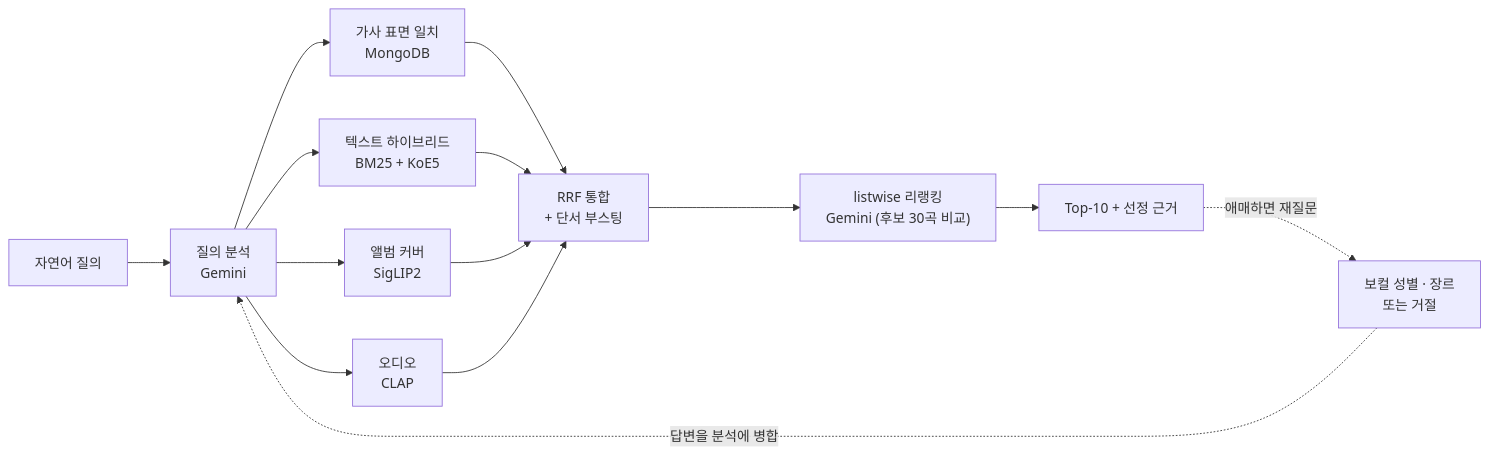
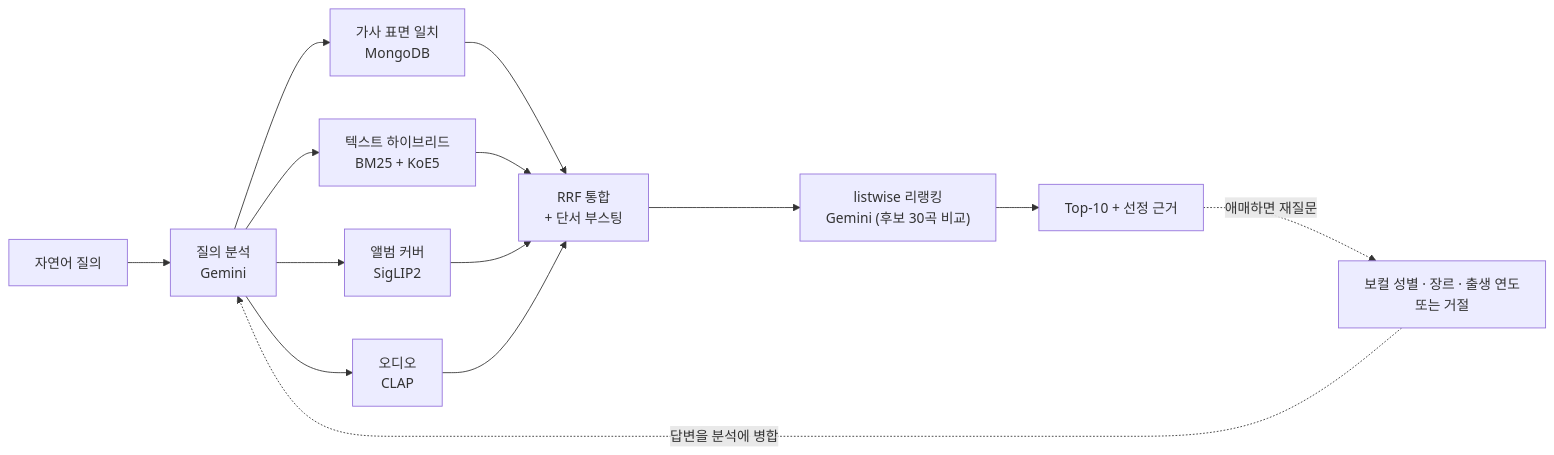
The diagram in README.md (notvague/vague-finder), drawn with Mermaid before and after one commit. The commit also changed other lines of this file and 9 other files, not shown here.

````diff
--- a/README.md
+++ b/README.md
@@ -41,13 +41,13 @@
 ```mermaid
 flowchart LR
     Q["자연어 질의"] --> A["질의 분석<br/>Gemini"]
     A --> L["가사 표면 일치<br/>MongoDB"]
     A --> T["텍스트 하이브리드<br/>BM25 + KoE5"]
     A --> I["앨범 커버<br/>SigLIP2"]
     A --> S["오디오<br/>CLAP"]
     L & T & I & S --> F["RRF 통합<br/>+ 단서 부스팅"]
     F --> R["listwise 리랭킹<br/>Gemini (후보 30곡 비교)"]
     R --> O["Top-10 + 선정 근거"]
-    O -.->|애매하면 재질문| C["보컬 성별 · 장르<br/>또는 거절"]
+    O -.->|애매하면 재질문| C["보컬 성별 · 장르 · 출생 연도<br/>또는 거절"]
     C -.->|답변을 분석에 병합| A
 ```
````
